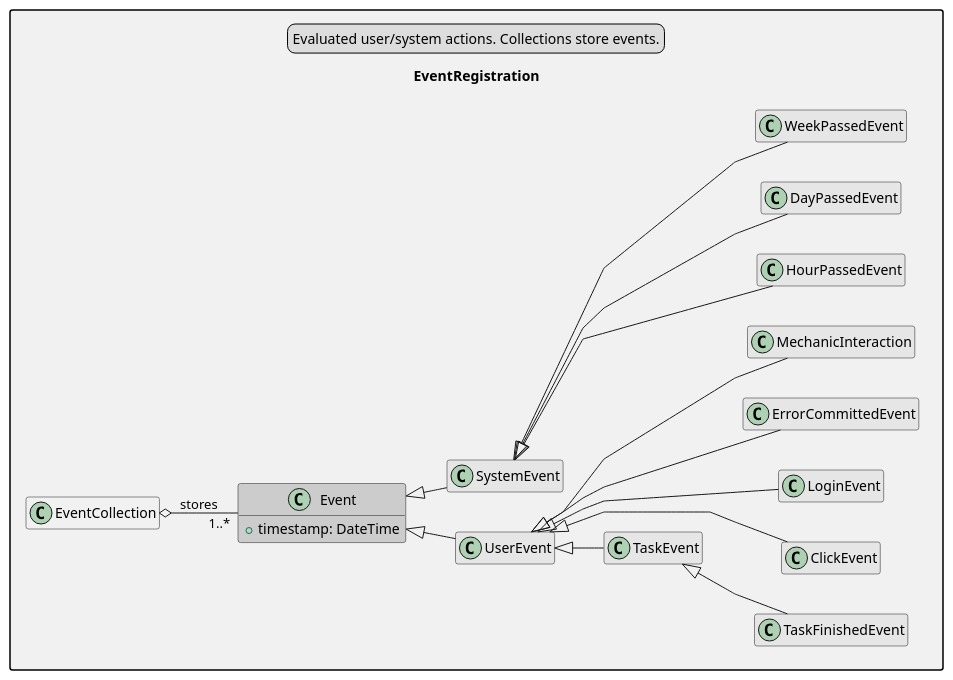
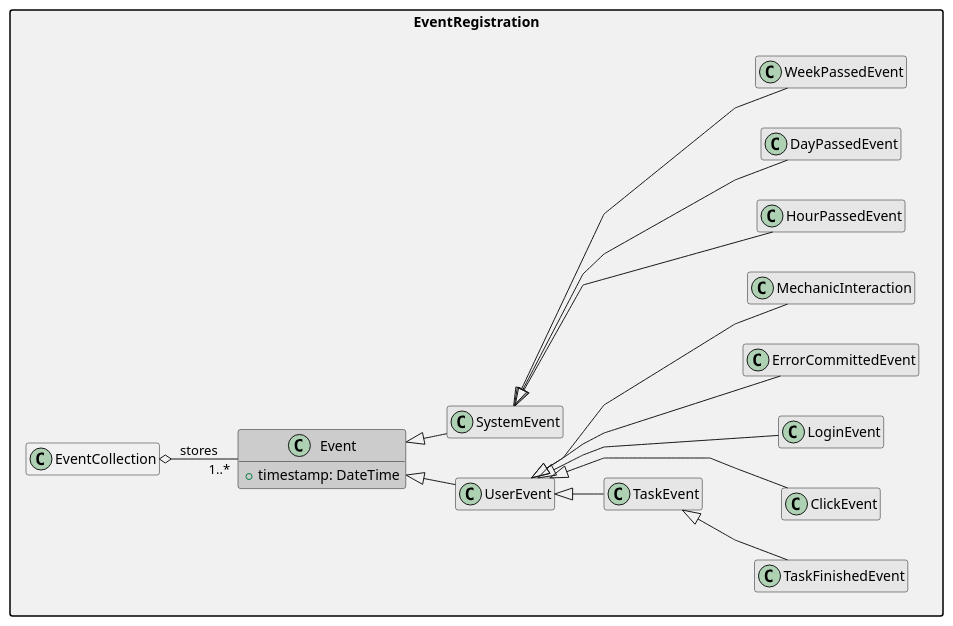
The diagram in UML/event_registration.puml (Maks-stack/ontology), drawn with PlantUML before and after one commit. The commit also changed 59 other files, not shown here.

```diff
--- a/UML/event_registration.puml
+++ b/UML/event_registration.puml
@@ -1,42 +1,38 @@
 @startuml
 skinparam linetype polyline
 hide empty methods
 hide empty attributes
 hide empty members
 left to right direction
 skinparam nodesep 40
 skinparam ranksep 40
 skinparam packageStyle rectangle
 
 package EventRegistration #f1f1f1 {
-  legend top right
-  Evaluated user/system actions. Collections store events.
-  end legend
-
   class Event #ccccccff {
     
     + timestamp: DateTime
     
     
   }
   together {
     class UserEvent #e6e6e6ff extends Event
     class SystemEvent #e6e6e6ff extends Event
     class TaskEvent #e6e6e6ff extends UserEvent
   }
 
   class EventCollection 
   EventCollection o-- "1..*" Event : stores
 
   together {
     class ClickEvent #e6e6e6ff extends UserEvent
     class LoginEvent #e6e6e6ff extends UserEvent
     class TaskFinishedEvent #e6e6e6ff extends TaskEvent
     class ErrorCommittedEvent #e6e6e6ff extends UserEvent
     class HourPassedEvent #e6e6e6ff extends SystemEvent
     class DayPassedEvent #e6e6e6ff extends SystemEvent
     class WeekPassedEvent #e6e6e6ff extends SystemEvent
     class MechanicInteraction #e6e6e6ff extends UserEvent
   }
 }
 @enduml
```
